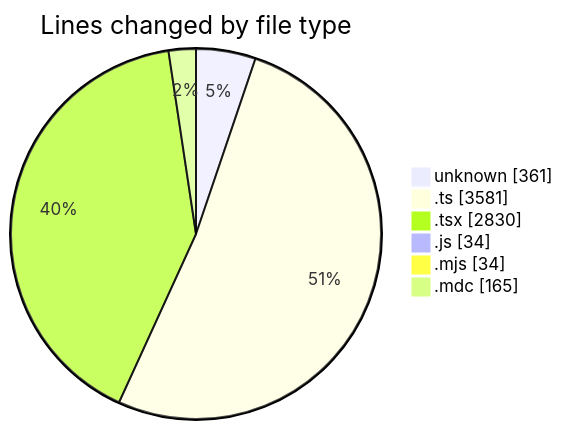
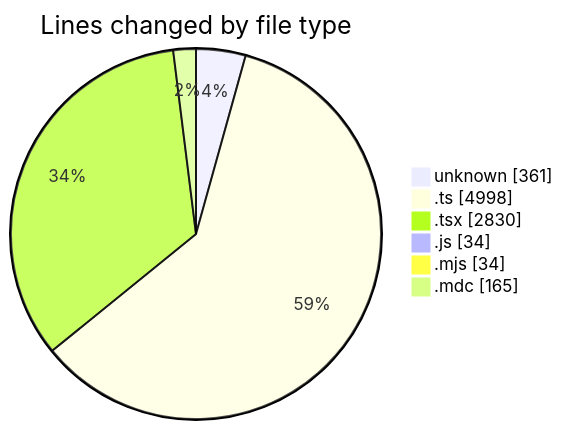
The first of 2 diagrams in 2025-06-13/ecodeli-1/README.md (CELIANVF/code-tracking), drawn with Mermaid before and after one commit. The commit also changed other lines of this file and 1 other file, not shown here.

````diff
--- a/2025-06-13/ecodeli-1/README.md
+++ b/2025-06-13/ecodeli-1/README.md
@@ -32,10 +33,10 @@
 ```mermaid
 pie showData
 title Lines changed by file type
 "unknown" : 361
-".ts" : 3581
+".ts" : 4998
 ".tsx" : 2830
 ".js" : 34
 ".mjs" : 34
 ".mdc" : 165
 ```
````
